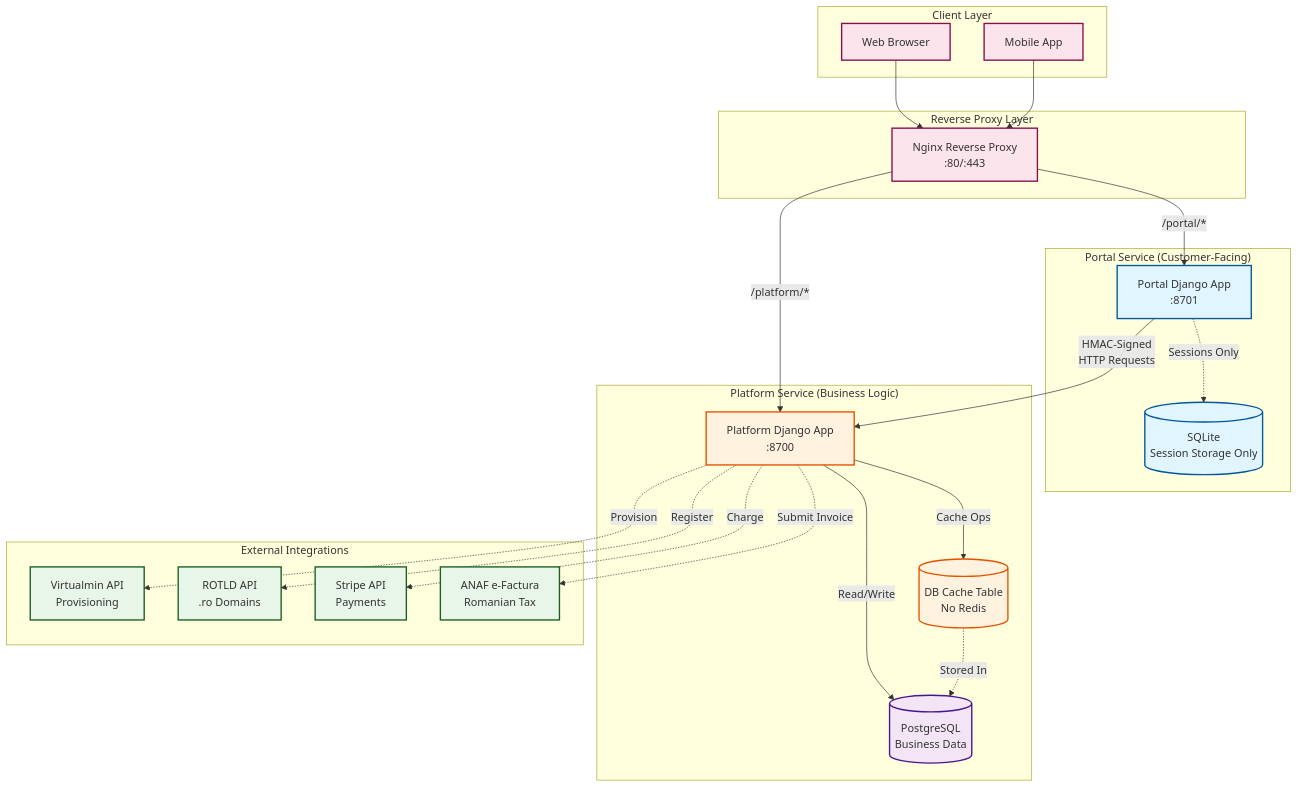
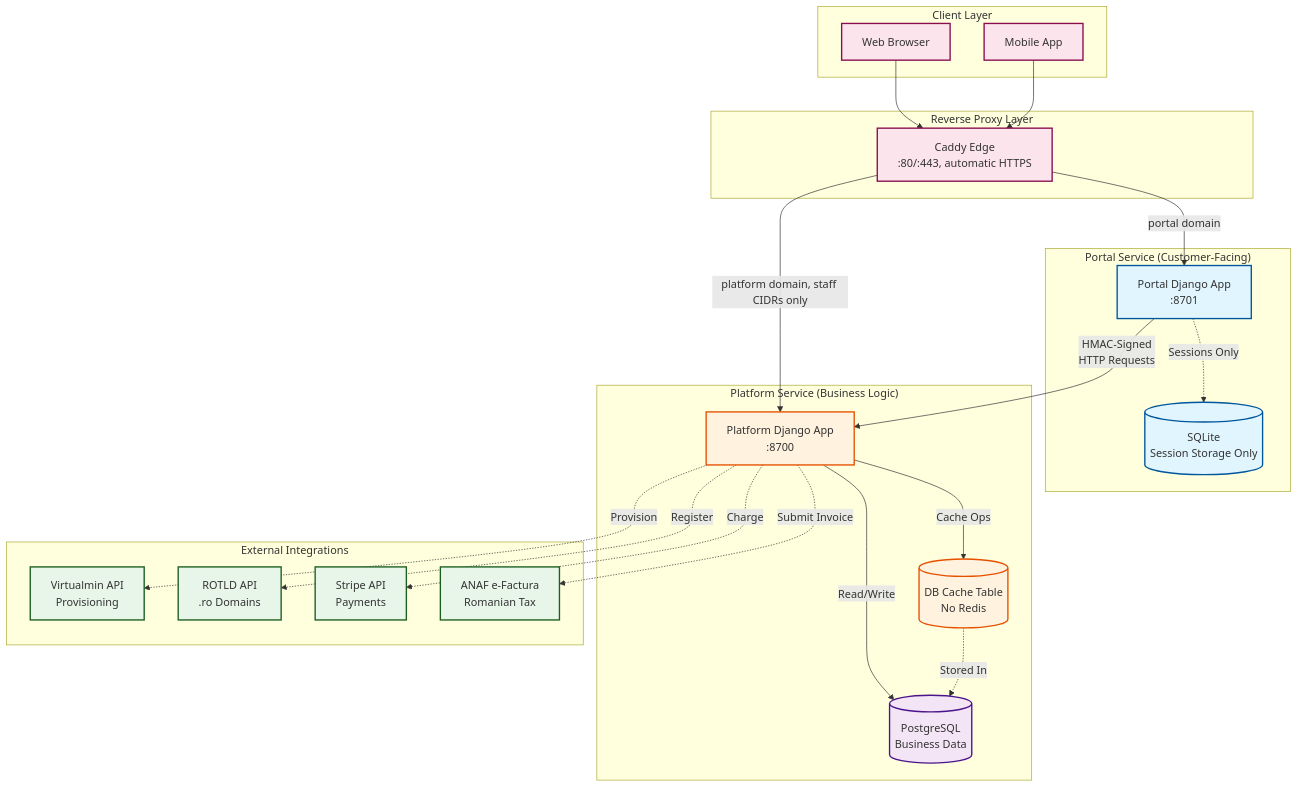
The diagram in docs/architecture/diagrams/system-overview.mmd (captainpragmatic/PRAHO), drawn with Mermaid before and after one commit. The commit also changed 18 other files, not shown here.

First line of the commit message:
chore(deploy): remove the legacy nginx edge and the local nginx stack

```diff
--- a/docs/architecture/diagrams/system-overview.mmd
+++ b/docs/architecture/diagrams/system-overview.mmd
@@ -1,59 +1,59 @@
 %% PRAHO Platform Architecture - System Overview
 %% Generated: 2026-02-21
 %% Maintainer: Architecture Team
 
 graph TB
     subgraph "Client Layer"
         WebBrowser[Web Browser]
         MobileApp[Mobile App]
     end
 
     subgraph "Reverse Proxy Layer"
-        Nginx[Nginx Reverse Proxy<br/>:80/:443]
+        Caddy[Caddy Edge<br/>:80/:443, automatic HTTPS]
     end
 
     subgraph "Portal Service (Customer-Facing)"
         PortalApp[Portal Django App<br/>:8701]
         PortalSession[(SQLite<br/>Session Storage Only)]
         PortalApp -.->|Sessions Only| PortalSession
     end
 
     subgraph "Platform Service (Business Logic)"
         PlatformApp[Platform Django App<br/>:8700]
         PlatformDB[(PostgreSQL<br/>Business Data)]
         CacheTable[(DB Cache Table<br/>No Redis)]
         PlatformApp -->|Read/Write| PlatformDB
         PlatformApp -->|Cache Ops| CacheTable
         CacheTable -.->|Stored In| PlatformDB
     end
 
     subgraph "External Integrations"
         Virtualmin[Virtualmin API<br/>Provisioning]
         ROTLD[ROTLD API<br/>.ro Domains]
         Stripe[Stripe API<br/>Payments]
         ANAF[ANAF e-Factura<br/>Romanian Tax]
     end
 
-    WebBrowser --> Nginx
-    MobileApp --> Nginx
-    Nginx -->|/portal/*| PortalApp
-    Nginx -->|/platform/*| PlatformApp
+    WebBrowser --> Caddy
+    MobileApp --> Caddy
+    Caddy -->|portal domain| PortalApp
+    Caddy -->|platform domain, staff CIDRs only| PlatformApp
 
     PortalApp -->|HMAC-Signed<br/>HTTP Requests| PlatformApp
 
     PlatformApp -.->|Provision| Virtualmin
     PlatformApp -.->|Register| ROTLD
     PlatformApp -.->|Charge| Stripe
     PlatformApp -.->|Submit Invoice| ANAF
 
     classDef portal fill:#e1f5ff,stroke:#01579b,stroke-width:2px
     classDef platform fill:#fff3e0,stroke:#e65100,stroke-width:2px
     classDef db fill:#f3e5f5,stroke:#4a148c,stroke-width:2px
     classDef external fill:#e8f5e9,stroke:#1b5e20,stroke-width:2px
     classDef client fill:#fce4ec,stroke:#880e4f,stroke-width:2px
 
     class PortalApp,PortalSession portal
     class PlatformApp,CacheTable platform
     class PlatformDB db
     class Virtualmin,ROTLD,Stripe,ANAF external
-    class WebBrowser,MobileApp,Nginx client
+    class WebBrowser,MobileApp,Caddy client
```
